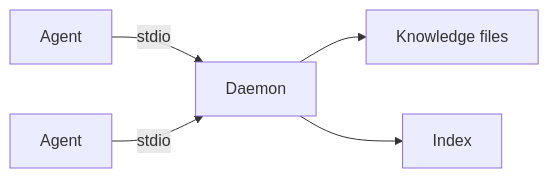
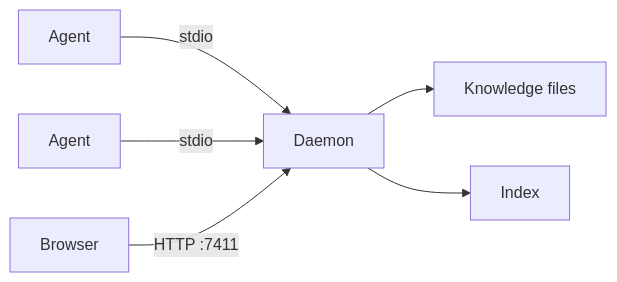
The first of 10 diagrams in docs/deployment.md (jordiboehme/crystalline), drawn with Mermaid before and after one commit. The commit also changed other lines of this file and 4 other files, not shown here.

````diff
--- a/docs/deployment.md
+++ b/docs/deployment.md
@@ -11,7 +13,8 @@
 ```mermaid
 flowchart LR
     A1[Agent] -->|stdio| D[Daemon]
     A2[Agent] -->|stdio| D
+    B[Browser] -->|HTTP :7411| D
     D --> K[Knowledge files]
     D --> I[Index]
 ```
````
